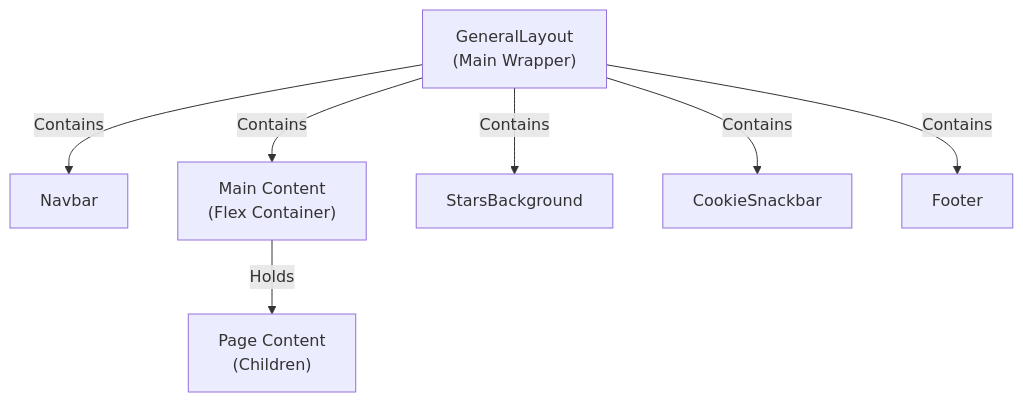
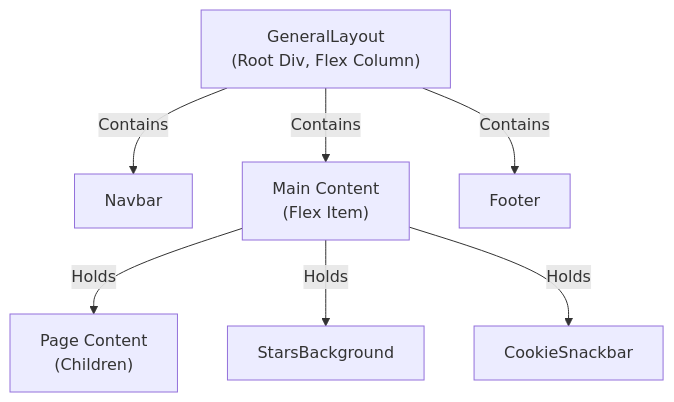
The diagram in docs/architecture/layouts.md (AlexJSully/AlexJSully-Portfolio), drawn with Mermaid before and after one commit. The commit also changed other lines of this file and 42 other files, not shown here.

````diff
--- a/docs/architecture/layouts.md
+++ b/docs/architecture/layouts.md
@@ -30,13 +28,13 @@
 ```mermaid
 flowchart TD
     accTitle: GeneralLayout Component Composition
-    accDescr: GeneralLayout main wrapper contains Navbar, Main content area (flex container), StarsBackground, CookieSnackbar, and Footer. Main content holds page-specific children
-    GeneralLayout["GeneralLayout<br/>(Main Wrapper)"]
+    accDescr: The GeneralLayout root div is a flex column containing Navbar, a Main content area, and Footer. The Main content area is a flex item that holds the page children, StarsBackground, and CookieSnackbar together
+    GeneralLayout["GeneralLayout<br/>(Root Div, Flex Column)"]
     GeneralLayout -->|Contains| Navbar
-    GeneralLayout -->|Contains| Main["Main Content<br/>(Flex Container)"]
-    GeneralLayout -->|Contains| Stars["StarsBackground"]
-    GeneralLayout -->|Contains| Cookie["CookieSnackbar"]
+    GeneralLayout -->|Contains| Main["Main Content<br/>(Flex Item)"]
     GeneralLayout -->|Contains| Footer
 
     Main -->|Holds| PageContent["Page Content<br/>(Children)"]
+    Main -->|Holds| Stars["StarsBackground"]
+    Main -->|Holds| Cookie["CookieSnackbar"]
 ```
````
